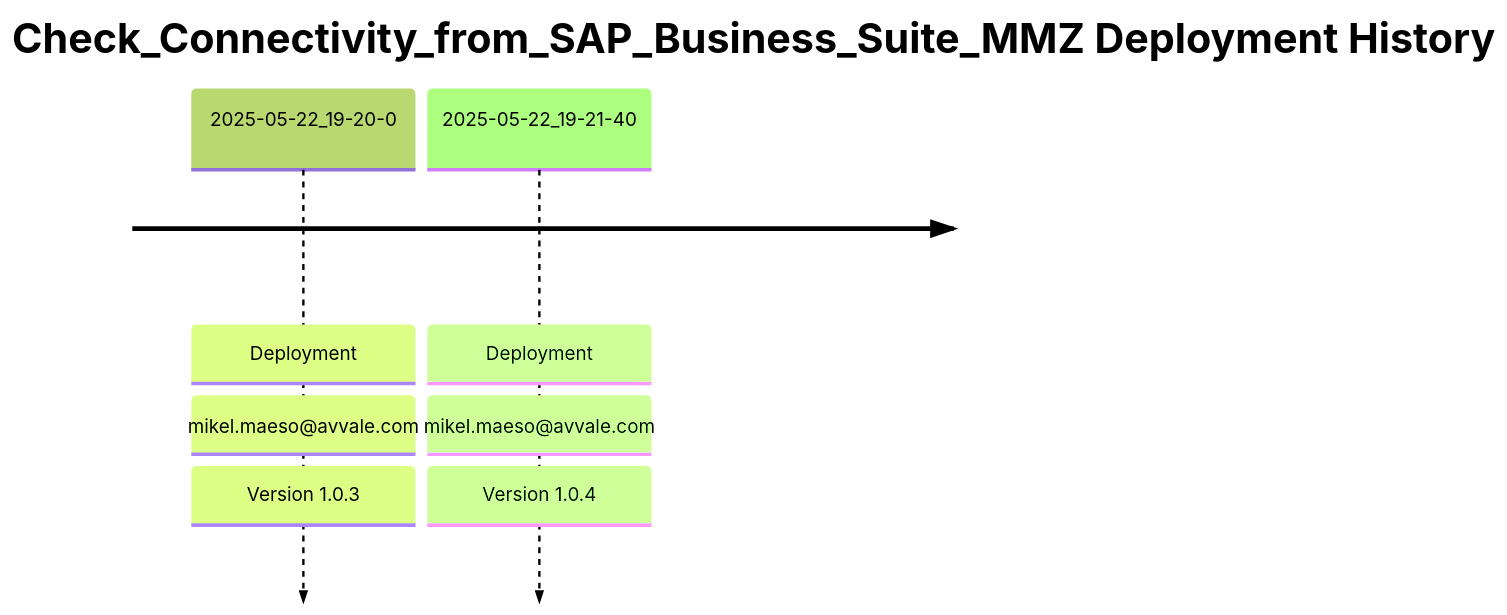
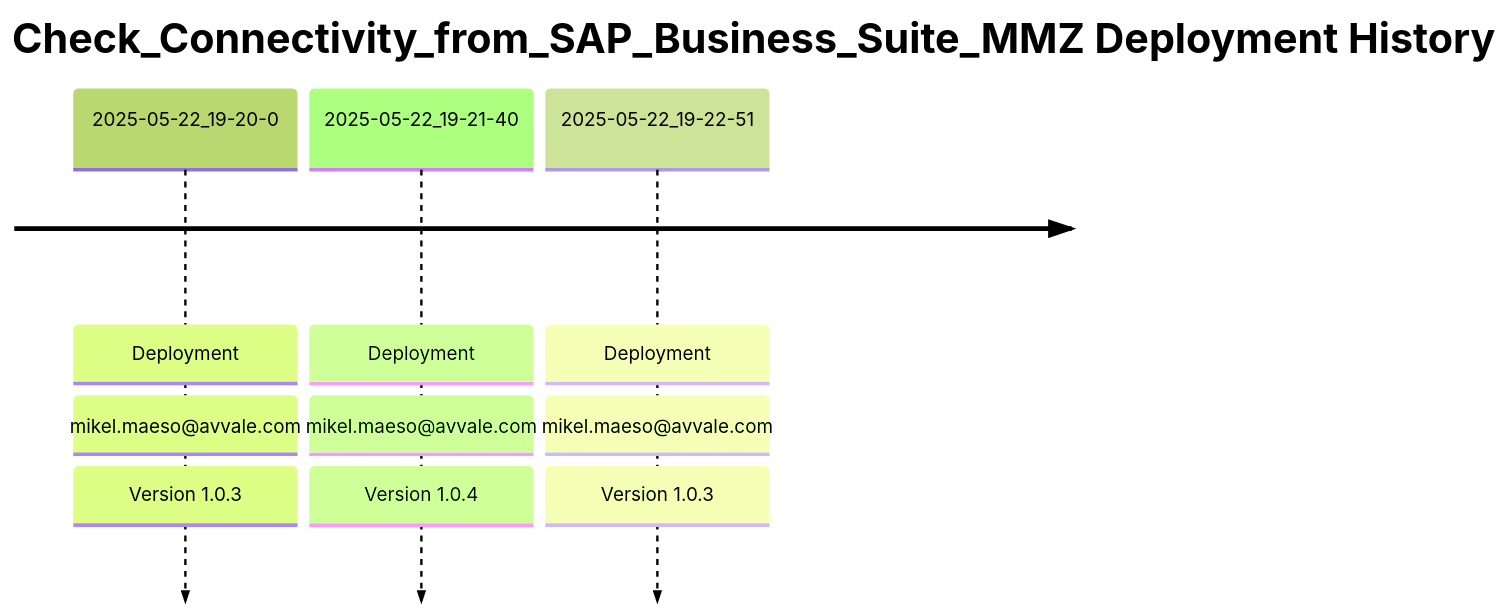
The diagram in MMZ - Cell Iflows/Check_Connectivity_from_SAP_Business_Suite_MMZ/README.md (Avvale-IA-CICD/AvvaleCPI), drawn with Mermaid before and after one commit.

Commit message:
docs: Update master README for MMZ - Cell Iflows/Check_Connectivity_from_SAP_Business_Suite_MMZ (v 1.0.3)

````diff
--- a/MMZ - Cell Iflows/Check_Connectivity_from_SAP_Business_Suite_MMZ/README.md
+++ b/MMZ - Cell Iflows/Check_Connectivity_from_SAP_Business_Suite_MMZ/README.md
@@ -7,7 +7,8 @@
 ```mermaid
 %%{init: { 'logLevel': 'debug', 'theme': 'forest' } }%%
 timeline
     title Check_Connectivity_from_SAP_Business_Suite_MMZ Deployment History
     2025-05-22_19-20-0 : Deployment : mikel.maeso@avvale.com : Version 1.0.3
     2025-05-22_19-21-40 : Deployment : mikel.maeso@avvale.com : Version 1.0.4
+    2025-05-22_19-22-51 : Deployment : mikel.maeso@avvale.com : Version 1.0.3
 ```
````
